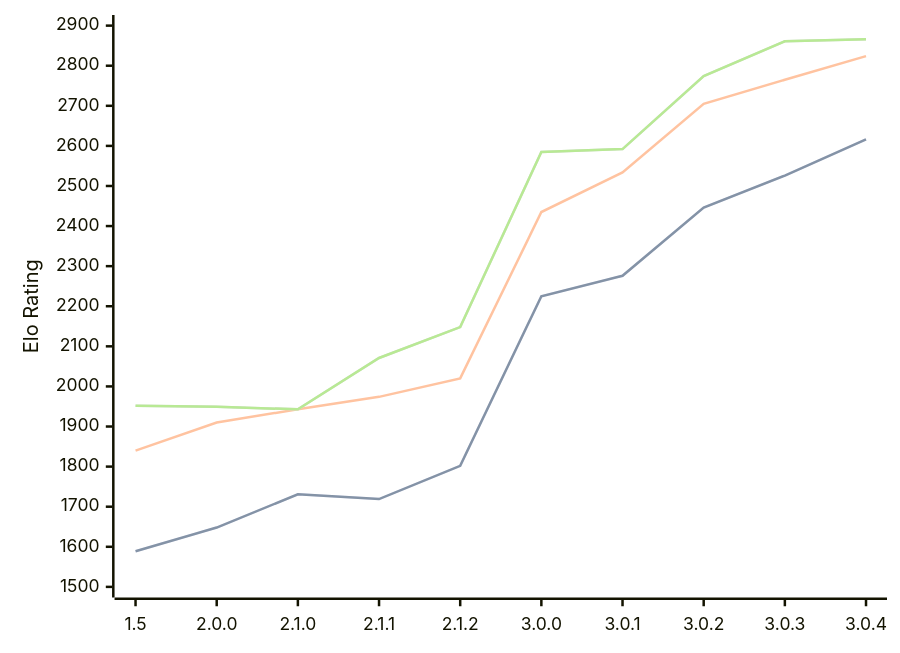
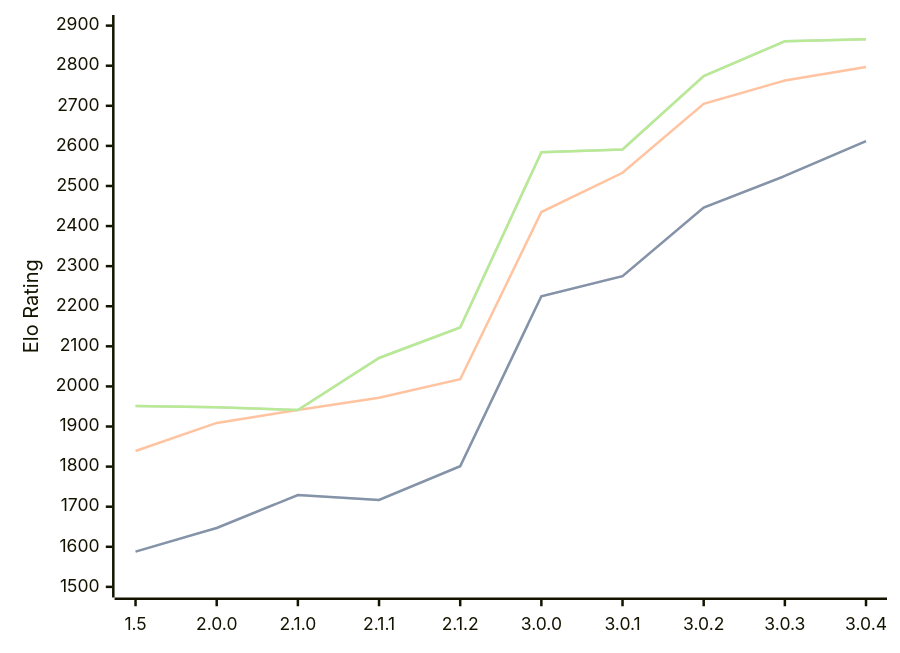
Before and after one commit to computer-chess-index/cci: the third of 3 diagrams in engines/Rudim.md, drawn with Mermaid. The commit also changed other lines of this file, not shown here.

Commit message:
Update CCI Ratings (ELO VLTC) - 2026-06-27

````diff
--- a/engines/Rudim.md
+++ b/engines/Rudim.md
@@ -82,11 +82,11 @@
 ```mermaid
 %%{init: {"theme":"base","themeVariables":{"seriesColors:['#a3a3a3','#222221','#faa371']}}}%%
 xychart-beta
   x-axis ["1.5", "2.0.0", "2.1.0", "2.1.1", "2.1.2", "3.0.0", "3.0.1", "3.0.2", "3.0.3", "3.0.4"]
   y-axis "Elo Rating" 1500 --> 2900
-  line "STC (8.0+0.08s)" [1589, 1648, 1731, 1719, 1802, 2225, 2276, 2446, 2526, 2616]
-  line "STC (8.0+0.08s)" [1589, 1648, 1731, 1719, 1802, 2225, 2276, 2446, 2526, 2616]
-  line "LTC (60.0+0.60s)" [1840, 1910, 1943, 1974, 2020, 2435, 2534, 2705, 2765, 2824]
-  line "VLTC (2m24s+1.12s)" [1952, 1949, 1943, 2071, 2148, 2585, 2592, 2774, 2861, 2866]
-  line "VLTC (2m24s+1.12s)" [1952, 1949, 1943, 2071, 2148, 2585, 2592, 2774, 2861, 2866]
+  line "STC (8.0+0.08s)" [1588, 1647, 1729, 1717, 1801, 2225, 2275, 2446, 2525, 2612]
+  line "STC (8.0+0.08s)" [1588, 1647, 1729, 1717, 1801, 2225, 2275, 2446, 2525, 2612]
+  line "LTC (60.0+0.60s)" [1839, 1909, 1941, 1972, 2018, 2435, 2533, 2705, 2763, 2797]
+  line "VLTC (2m24s+1.12s)" [1951, 1948, 1941, 2071, 2147, 2584, 2591, 2774, 2861, 2866]
+  line "VLTC (2m24s+1.12s)" [1951, 1948, 1941, 2071, 2147, 2584, 2591, 2774, 2861, 2866]
 ```
````
